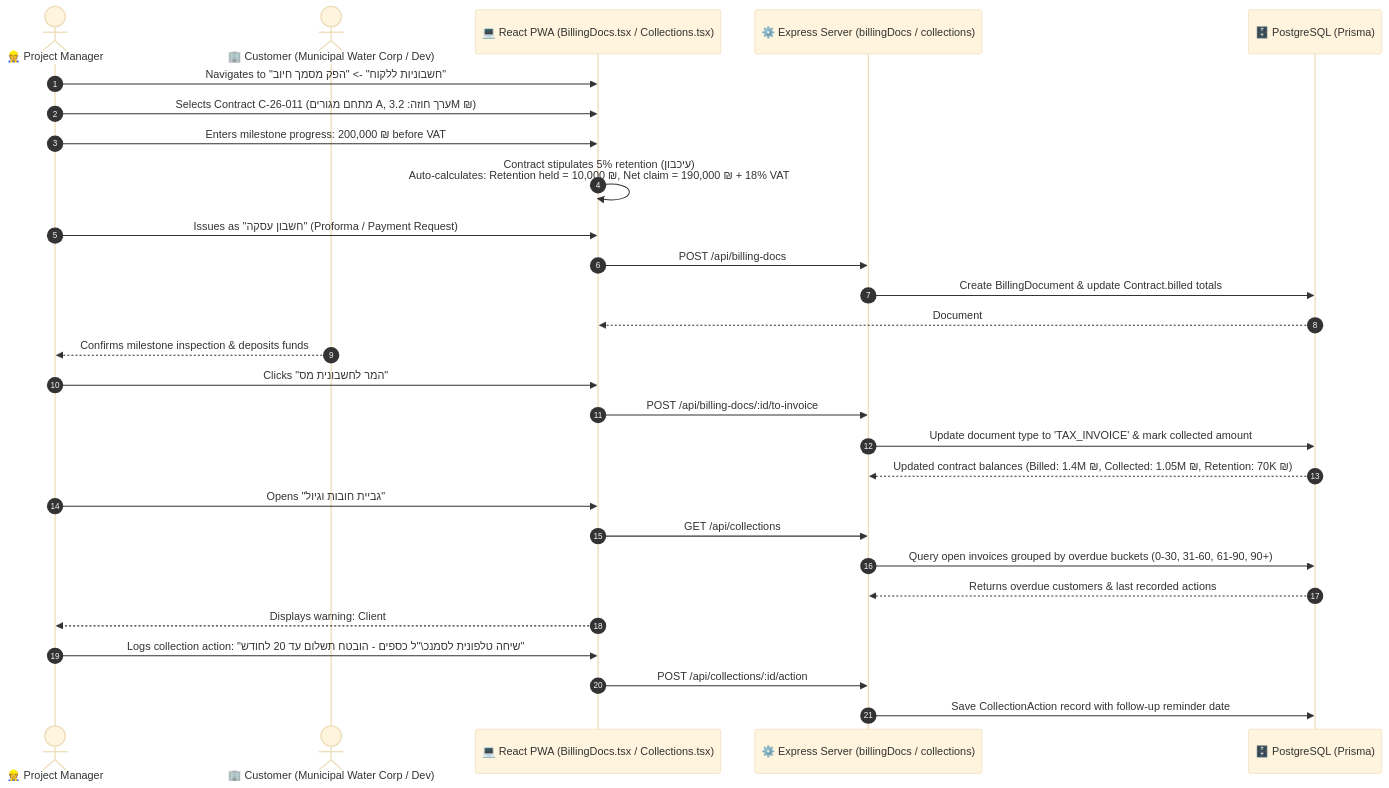
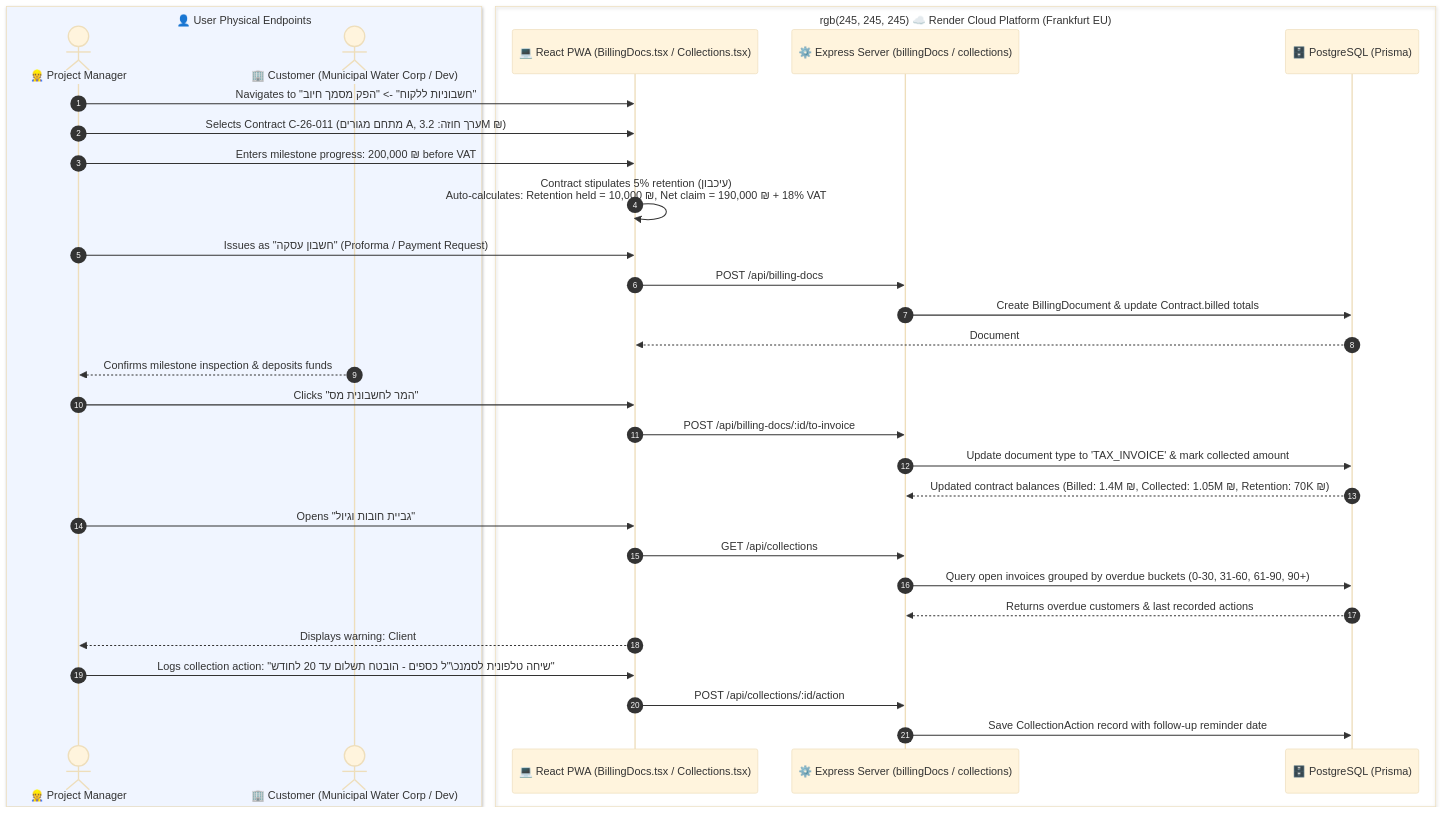
Before and after one commit to Arisamin/YakirErpAssistant: the sixth of 7 diagrams in docs/etaniv.md, drawn with Mermaid (base theme). The commit also changed other lines of this file, not shown here.

Commit message:
docs: add Mermaid box grouping by physical affinity to all 6 sequence diagrams in etaniv.md

````diff
--- a/docs/etaniv.md
+++ b/docs/etaniv.md
@@ -325,36 +355,42 @@
 ```mermaid
 sequenceDiagram
     autonumber
-    actor PM as 👷 Project Manager
-    actor Client as 🏢 Customer (Municipal Water Corp / Dev)
-    participant Web as 💻 React PWA (BillingDocs.tsx / Collections.tsx)
-    participant API as ⚙️ Express Server (billingDocs / collections)
-    participant DB as 🗄️ PostgreSQL (Prisma)
+
+    box rgb(240, 245, 255) 👤 User Physical Endpoints
+        actor PM as 👷 Project Manager
+        actor Client as 🏢 Customer (Municipal Water Corp / Dev)
+    end
+
+    box rgb(245, 245, 245) ☁️ Render Cloud Platform (Frankfurt EU)
+        participant Web as 💻 React PWA (BillingDocs.tsx / Collections.tsx)
+        participant API as ⚙️ Express Server (billingDocs / collections)
+        participant DB as 🗄️ PostgreSQL (Prisma)
+    end
 
     %% Step 1: Issuing Milestone Billing with Retention
     PM->>Web: Navigates to "חשבוניות ללקוח" -> "הפק מסמך חיוב"
     PM->>Web: Selects Contract C-26-011 (מתחם מגורים A, ערך חוזה: 3.2M ₪)
     PM->>Web: Enters milestone progress: 200,000 ₪ before VAT
     Web->>Web: Contract stipulates 5% retention (עיכבון)<br/>Auto-calculates: Retention held = 10,000 ₪, Net claim = 190,000 ₪ + 18% VAT
     PM->>Web: Issues as "חשבון עסקה" (Proforma / Payment Request)
     Web->>API: POST /api/billing-docs
     API->>DB: Create BillingDocument & update Contract.billed totals
     DB-->>Web: Document #2026-108 created
 
     %% Step 2: Conversion to Tax Invoice upon Payment
     Client-->>PM: Confirms milestone inspection & deposits funds
     PM->>Web: Clicks "המר לחשבונית מס"
     Web->>API: POST /api/billing-docs/:id/to-invoice
     API->>DB: Update document type to 'TAX_INVOICE' & mark collected amount
     DB-->>API: Updated contract balances (Billed: 1.4M ₪, Collected: 1.05M ₪, Retention: 70K ₪)
 
     %% Step 3: Aging & Collections Management
     PM->>Web: Opens "גביית חובות וגיול"
     Web->>API: GET /api/collections
     API->>DB: Query open invoices grouped by overdue buckets (0-30, 31-60, 61-90, 90+)
     DB-->>API: Returns overdue customers & last recorded actions
     Web-->>PM: Displays warning: Client #3 is 63 days overdue (212,400 ₪)
     PM->>Web: Logs collection action: "שיחה טלפונית לסמנכ\"ל כספים - הובטח תשלום עד 20 לחודש"
     Web->>API: POST /api/collections/:id/action
     API->>DB: Save CollectionAction record with follow-up reminder date
 ```
````
